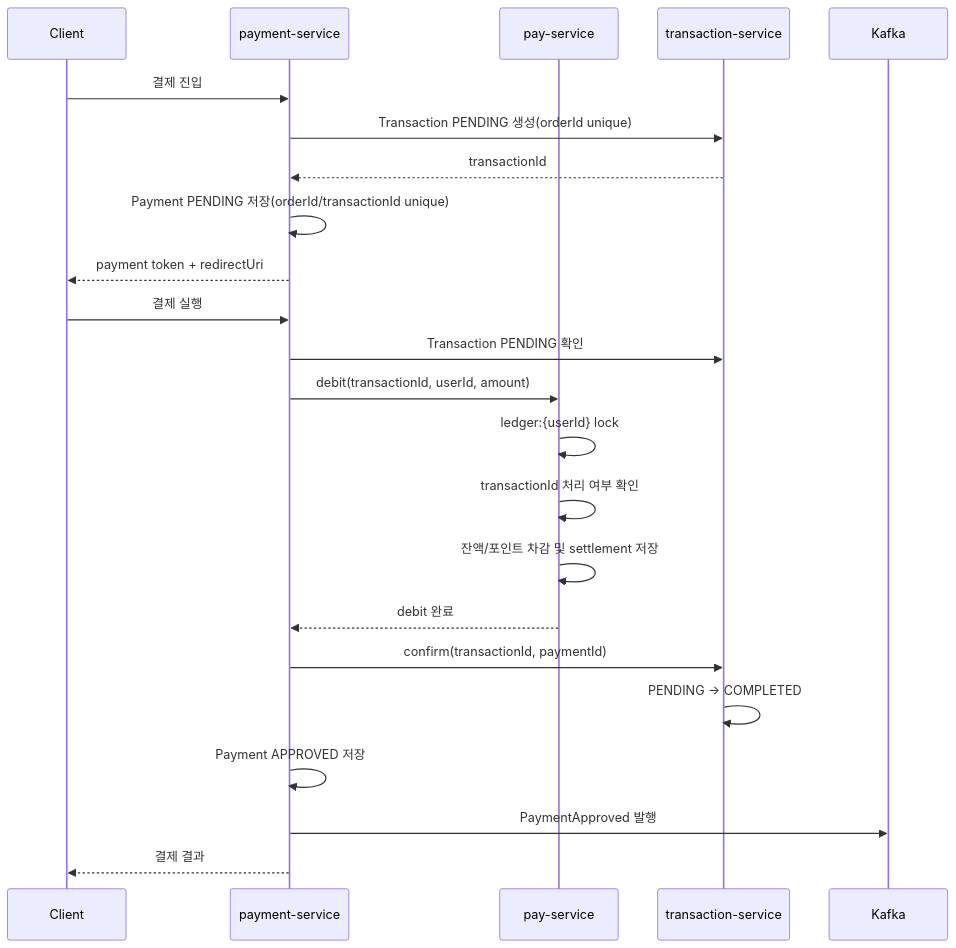
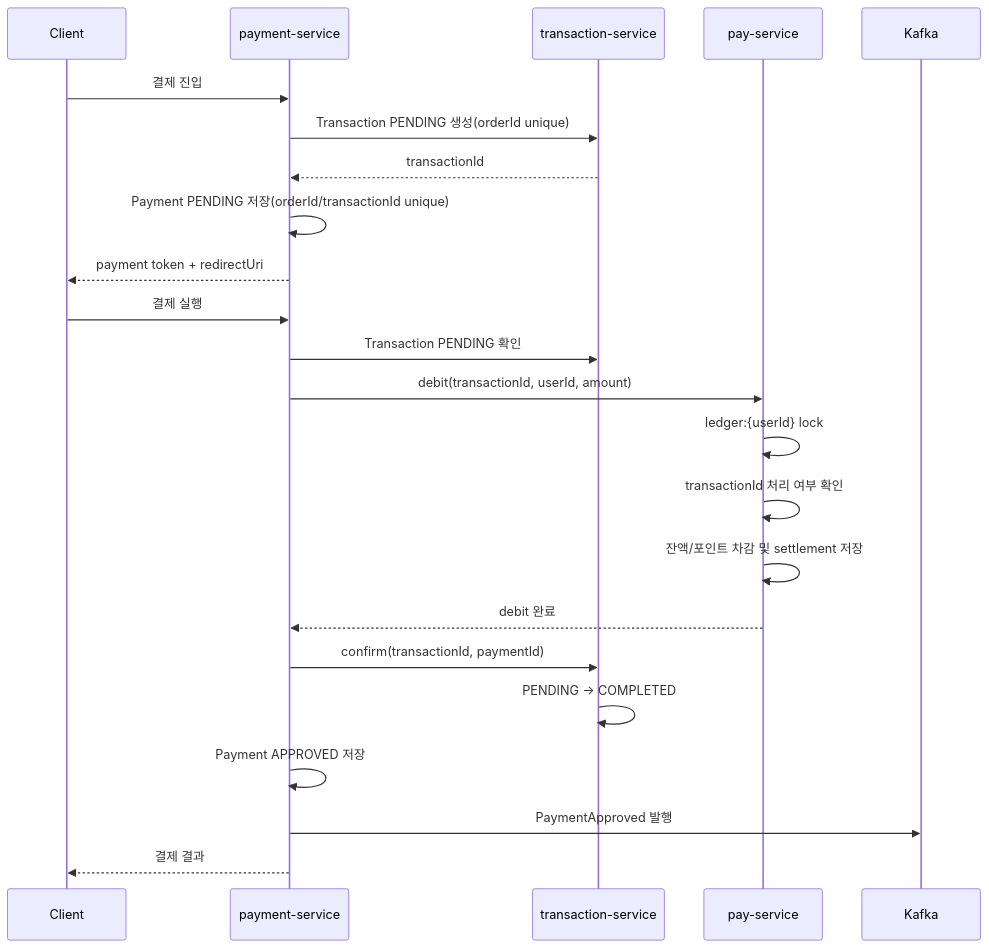
Before and after one commit to seunzu/plantify-msa-payment-refactor: the second of 3 diagrams in docs/architecture.md, drawn with Mermaid. The commit also changed other lines of this file and 2 other files, not shown here.

````diff
--- a/docs/architecture.md
+++ b/docs/architecture.md
@@ -74,27 +72,27 @@
 ```mermaid
 sequenceDiagram
     participant Client
     participant Payment as payment-service
+    participant Tx as transaction-service
     participant Pay as pay-service
-    participant Tx as transaction-service
     participant Kafka
 
     Client->>Payment: 결제 진입
     Payment->>Tx: Transaction PENDING 생성(orderId unique)
     Tx-->>Payment: transactionId
     Payment->>Payment: Payment PENDING 저장(orderId/transactionId unique)
     Payment-->>Client: payment token + redirectUri
 
     Client->>Payment: 결제 실행
     Payment->>Tx: Transaction PENDING 확인
     Payment->>Pay: debit(transactionId, userId, amount)
     Pay->>Pay: ledger:{userId} lock
     Pay->>Pay: transactionId 처리 여부 확인
     Pay->>Pay: 잔액/포인트 차감 및 settlement 저장
     Pay-->>Payment: debit 완료
     Payment->>Tx: confirm(transactionId, paymentId)
     Tx->>Tx: PENDING -> COMPLETED
     Payment->>Payment: Payment APPROVED 저장
     Payment->>Kafka: PaymentApproved 발행
     Payment-->>Client: 결제 결과
 ```
````
